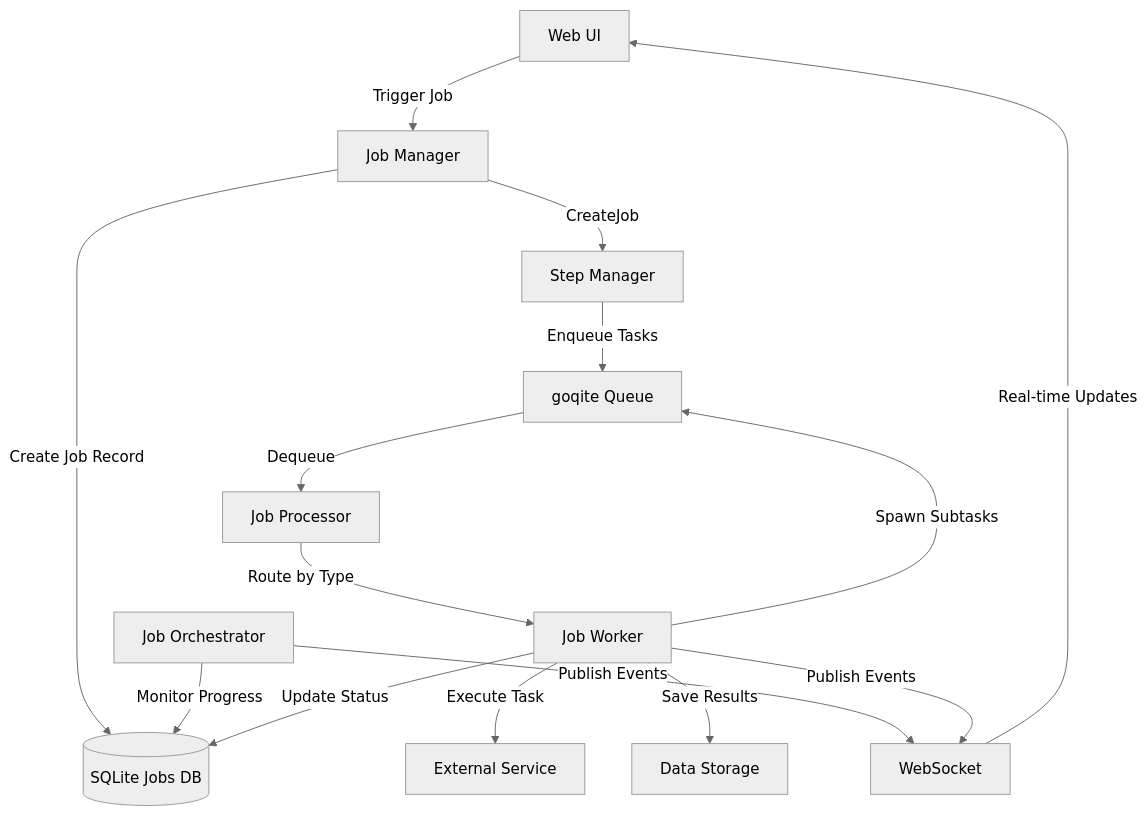
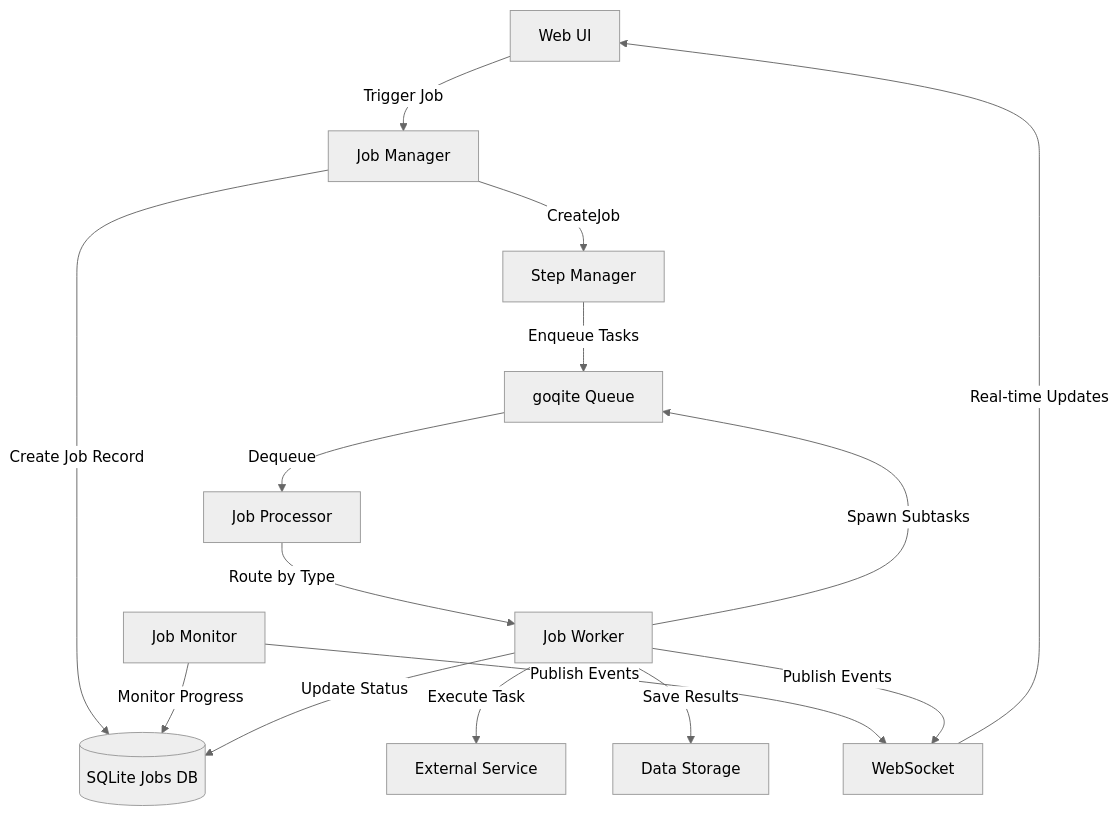
Before and after one commit to ternarybob/quaero: the first of 2 diagrams in docs/architecture/MANAGER_WORKER_ARCHITECTURE.md, drawn with Mermaid (neutral theme). The commit also changed other lines of this file and 13 other files, not shown here.

First line of the commit message:
refactor: Rename JobOrchestrator to JobMonitor for clarity

````diff
--- a/docs/architecture/MANAGER_WORKER_ARCHITECTURE.md
+++ b/docs/architecture/MANAGER_WORKER_ARCHITECTURE.md
@@ -23,20 +23,20 @@
 ```mermaid
 graph TB
     UI[Web UI] -->|Trigger Job| Manager[Job Manager]
     Manager -->|Create Job Record| DB[(SQLite Jobs DB)]
     Manager -->|CreateJob| StepMgr[Step Manager]
     StepMgr -->|Enqueue Tasks| Queue[goqite Queue]
 
     Queue -->|Dequeue| Processor[Job Processor]
     Processor -->|Route by Type| Worker[Job Worker]
     Worker -->|Execute Task| Service[External Service]
     Worker -->|Save Results| Storage[Data Storage]
     Worker -->|Spawn Subtasks| Queue
 
-    Orchestrator[Job Orchestrator] -->|Monitor Progress| DB
-    Orchestrator -->|Publish Events| WS[WebSocket]
+    Monitor[Job Monitor] -->|Monitor Progress| DB
+    Monitor -->|Publish Events| WS[WebSocket]
     WS -->|Real-time Updates| UI
 
     Worker -->|Update Status| DB
     Worker -->|Publish Events| WS
 ```
````
